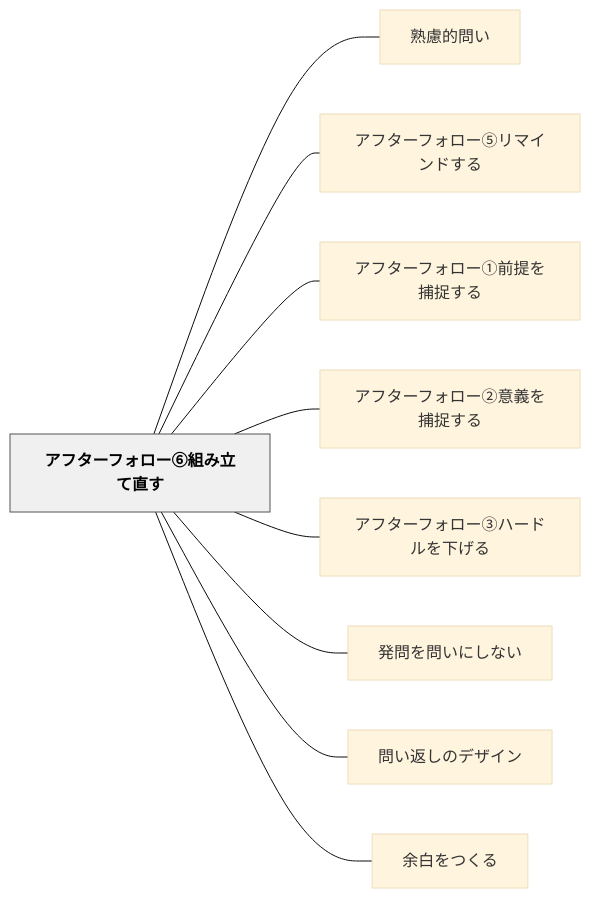
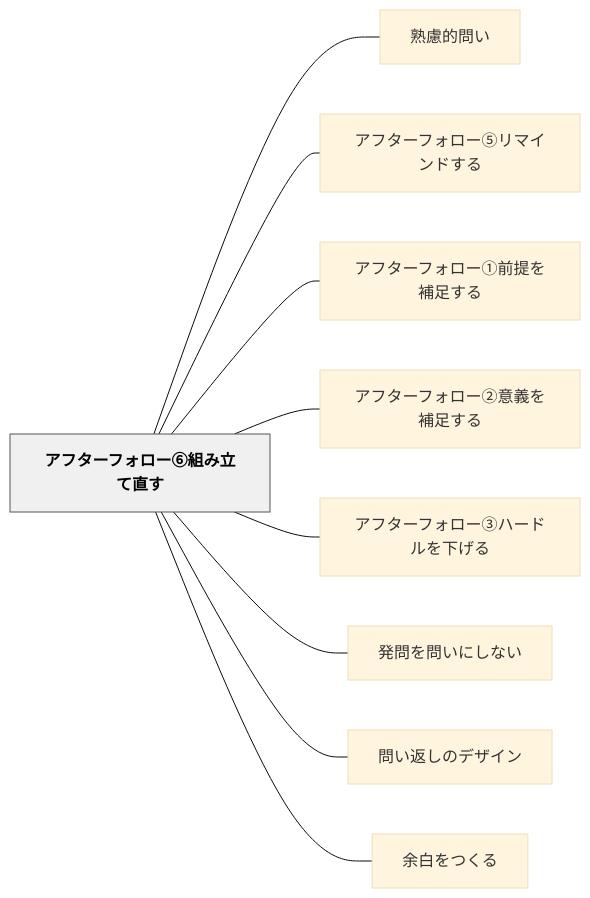
Before and after one commit to unknownthings-ed-patterns/unknownthings-ed-patterns: the diagram in content/パタン/アフターフォロー⑥組み立て直す.md, drawn with Mermaid (base theme). The commit also changed other lines of this file and 28 other files, not shown here.

````diff
--- a/content/パタン/アフターフォロー⑥組み立て直す.md
+++ b/content/パタン/アフターフォロー⑥組み立て直す.md
@@ -48,24 +48,24 @@
 ```mermaid
 flowchart LR
     ne382a2e38395e382bfe383bce38395e382a9e383ade383bce291a5e7b584e381bfe7ab8be381a6e79bb4e38199["アフターフォロー⑥組み立て直す"]
     ne7869fe685aee79a84e5958fe38184["熟慮的問い"]
     ne382a2e38395e382bfe383bce38395e382a9e383ade383bce291a4e383aae3839ee382a4e383b3e38389e38199e3828b["アフターフォロー⑤リマインドする"]
-    ne382a2e38395e382bfe383bce38395e382a9e383ade383bce291a0e5898de68f90e38292e68d95e68d89e38199e3828b["アフターフォロー①前提を捕捉する"]
-    ne382a2e38395e382bfe383bce38395e382a9e383ade383bce291a1e6848fe7bea9e38292e68d95e68d89e38199e3828b["アフターフォロー②意義を捕捉する"]
+    ne382a2e38395e382bfe383bce38395e382a9e383ade383bce291a0e5898de68f90e38292e8a39ce8b6b3e38199e3828b["アフターフォロー①前提を補足する"]
+    ne382a2e38395e382bfe383bce38395e382a9e383ade383bce291a1e6848fe7bea9e38292e8a39ce8b6b3e38199e3828b["アフターフォロー②意義を補足する"]
     ne382a2e38395e382bfe383bce38395e382a9e383ade383bce291a2e3838fe383bce38389e383abe38292e4b88be38192e3828b["アフターフォロー③ハードルを下げる"]
     ne799bae5958fe38292e5958fe38184e381abe38197e381aae38184["発問を問いにしない"]
     ne5958fe38184e8bf94e38197e381aee38387e382b6e382a4e383b3["問い返しのデザイン"]
     ne4bd99e799bde38292e381a4e3818fe3828b["余白をつくる"]
 
     ne382a2e38395e382bfe383bce38395e382a9e383ade383bce291a5e7b584e381bfe7ab8be381a6e79bb4e38199 --- ne7869fe685aee79a84e5958fe38184
     ne382a2e38395e382bfe383bce38395e382a9e383ade383bce291a5e7b584e381bfe7ab8be381a6e79bb4e38199 --- ne382a2e38395e382bfe383bce38395e382a9e383ade383bce291a4e383aae3839ee382a4e383b3e38389e38199e3828b
-    ne382a2e38395e382bfe383bce38395e382a9e383ade383bce291a5e7b584e381bfe7ab8be381a6e79bb4e38199 --- ne382a2e38395e382bfe383bce38395e382a9e383ade383bce291a0e5898de68f90e38292e68d95e68d89e38199e3828b
-    ne382a2e38395e382bfe383bce38395e382a9e383ade383bce291a5e7b584e381bfe7ab8be381a6e79bb4e38199 --- ne382a2e38395e382bfe383bce38395e382a9e383ade383bce291a1e6848fe7bea9e38292e68d95e68d89e38199e3828b
+    ne382a2e38395e382bfe383bce38395e382a9e383ade383bce291a5e7b584e381bfe7ab8be381a6e79bb4e38199 --- ne382a2e38395e382bfe383bce38395e382a9e383ade383bce291a0e5898de68f90e38292e8a39ce8b6b3e38199e3828b
+    ne382a2e38395e382bfe383bce38395e382a9e383ade383bce291a5e7b584e381bfe7ab8be381a6e79bb4e38199 --- ne382a2e38395e382bfe383bce38395e382a9e383ade383bce291a1e6848fe7bea9e38292e8a39ce8b6b3e38199e3828b
     ne382a2e38395e382bfe383bce38395e382a9e383ade383bce291a5e7b584e381bfe7ab8be381a6e79bb4e38199 --- ne382a2e38395e382bfe383bce38395e382a9e383ade383bce291a2e3838fe383bce38389e383abe38292e4b88be38192e3828b
     ne382a2e38395e382bfe383bce38395e382a9e383ade383bce291a5e7b584e381bfe7ab8be381a6e79bb4e38199 --- ne799bae5958fe38292e5958fe38184e381abe38197e381aae38184
     ne382a2e38395e382bfe383bce38395e382a9e383ade383bce291a5e7b584e381bfe7ab8be381a6e79bb4e38199 --- ne5958fe38184e8bf94e38197e381aee38387e382b6e382a4e383b3
     ne382a2e38395e382bfe383bce38395e382a9e383ade383bce291a5e7b584e381bfe7ab8be381a6e79bb4e38199 --- ne4bd99e799bde38292e381a4e3818fe3828b
 
     classDef hub fill:#f0f0f0,stroke:#555,color:#000,font-weight:bold
     class ne382a2e38395e382bfe383bce38395e382a9e383ade383bce291a5e7b584e381bfe7ab8be381a6e79bb4e38199 hub
 ```
````
